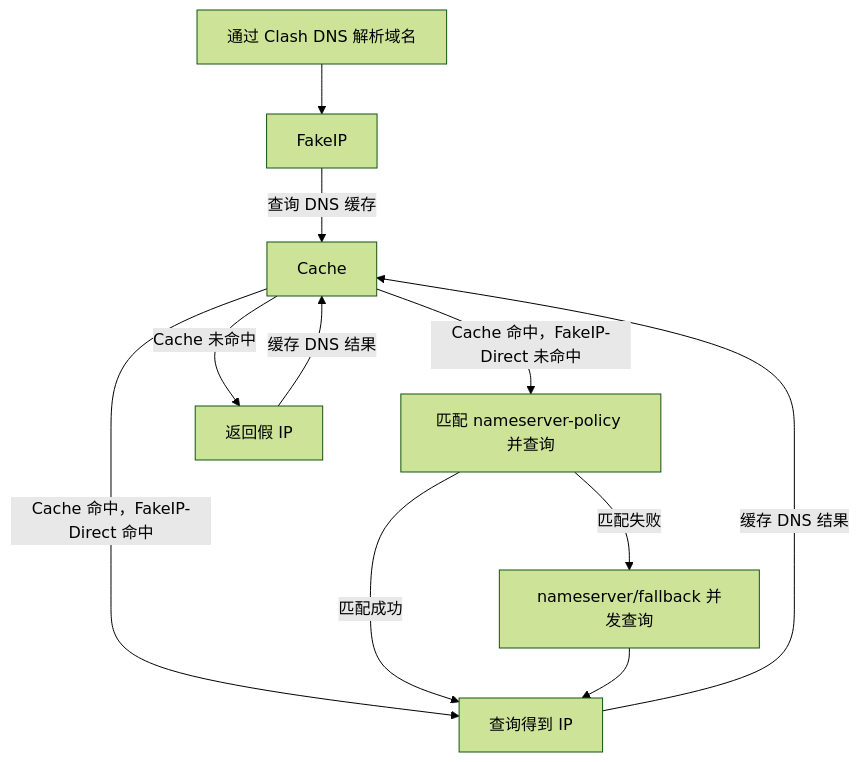
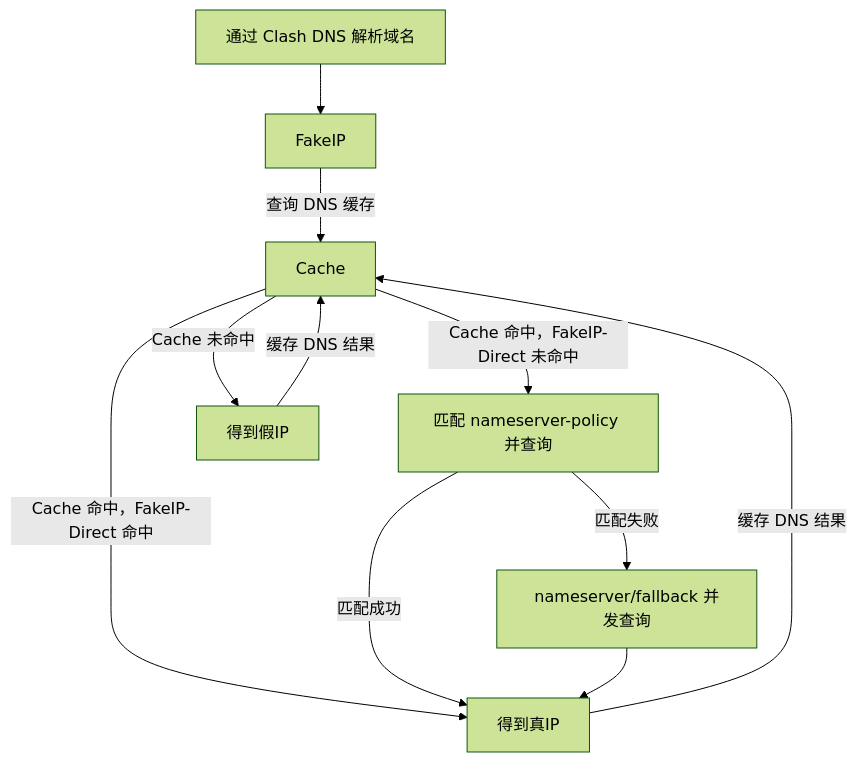
Before and after one commit to Jishi0/sub-rule: the second of 2 diagrams in mihomoDNS解析流程.md, drawn with Mermaid (forest theme).

````diff
--- a/mihomoDNS解析流程.md
+++ b/mihomoDNS解析流程.md
@@ -20,17 +20,17 @@
 ```mermaid
 flowchart TD
   DNS[通过 Clash DNS 解析域名] --> FakeIP
   FakeIP --> |查询 DNS 缓存|Cache
 
-  Cache --> |Cache 命中，FakeIP-Direct 命中|Get[查询得到 IP]
+  Cache --> |Cache 命中，FakeIP-Direct 命中|Get[得到真IP]
   Cache --> |Cache 命中，FakeIP-Direct 未命中|NS[匹配 nameserver-policy 并查询 ]
-  Cache --> |Cache 未命中|FakeGet[返回假 IP]
+  Cache --> |Cache 未命中|FakeGet[得到假IP]
 
   NS --> |匹配成功| Get
   NS --> |匹配失败| NF[nameserver/fallback 并发查询]
   NF --> Get
 
   Get --> |缓存 DNS 结果|Cache
   FakeGet --> |缓存 DNS 结果|Cache
 
 ```
````
